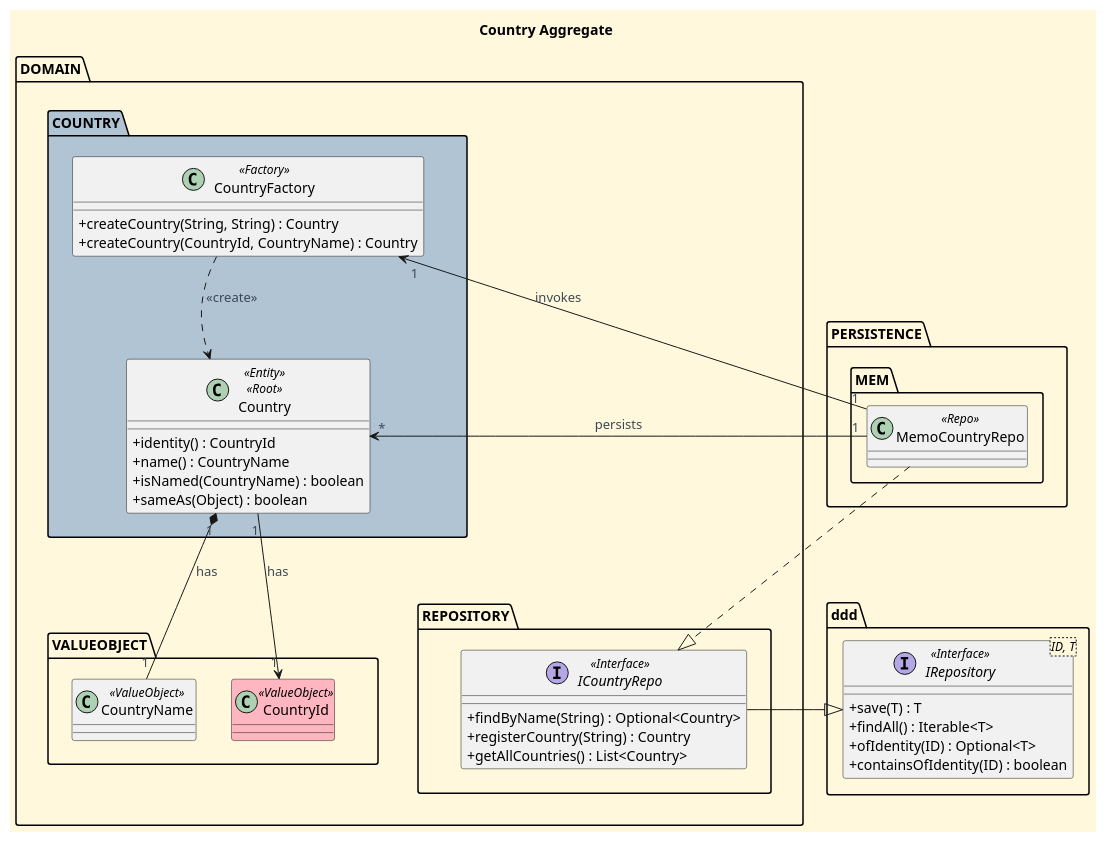
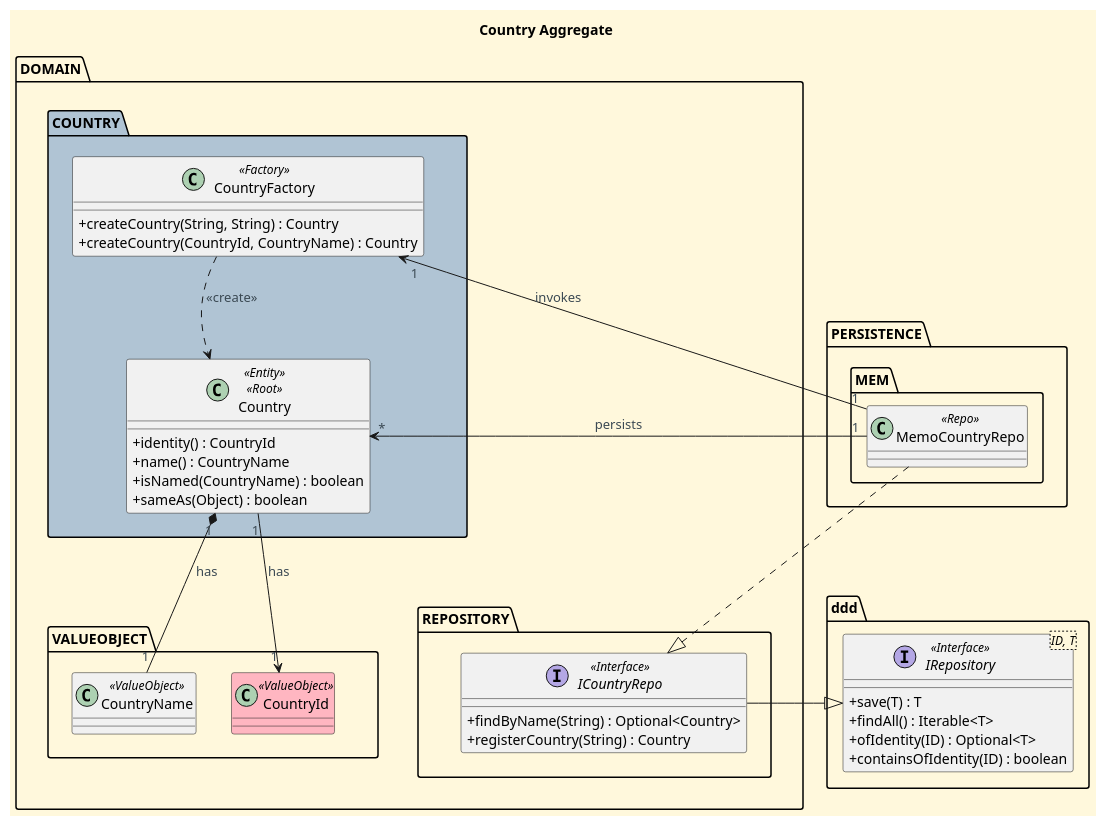
One commit to CarolinaLeite-collab/JavaMarketplacePlatform changed the diagram in docs/aggregatesDiagrams/Country_Agregate.puml. Above: the diagram before and after it, drawn with PlantUML.

Commit message:
docs: align Country Aggregate diagram with team standards Refs #430, #474

```diff
--- a/docs/aggregatesDiagrams/Country_Agregate.puml
+++ b/docs/aggregatesDiagrams/Country_Agregate.puml
@@ -1,85 +1,84 @@
 @startuml
 
 title Country Aggregate
 
 '==== basic style ====
 skinparam monochrome false
 skinparam shadowing false
 skinparam defaultFontName Futura
 skinparam objectFontSize 20
 skinparam backgroundColor CornSilk
 skinparam objectBackgroundColor WhiteSmoke
 skinparam noteBackgroundColor #FFFFE0
 skinparam ArrowFontColor #3B4953
 skinparam ActivationBackgroundColor black
 skinparam classAttributeIconSize 0
 
 top to bottom direction
 
 Package "DOMAIN" {
 
     Package "COUNTRY" <<Folder>> #b0c4d4 {
         class Country <<Entity>> <<Root>> {
             +identity() : CountryId
             +name() : CountryName
             +isNamed(CountryName) : boolean
             +sameAs(Object) : boolean
         }
 
         class CountryFactory <<Factory>> {
             +createCountry(String, String) : Country
             +createCountry(CountryId, CountryName) : Country
         }
     }
 
     Package "VALUEOBJECT" <<Folder>> {
         class CountryId <<ValueObject>> #LightPink {
         }
 
         class CountryName <<ValueObject>> {
         }
     }
 
     Package "REPOSITORY" <<Folder>> {
         interface ICountryRepo <<Interface>> {
             +findByName(String) : Optional<Country>
             +registerCountry(String) : Country
-            +getAllCountries() : List<Country>
         }
     }
 
     ' Layout adjustments
     COUNTRY -[hidden]right- REPOSITORY
     VALUEOBJECT -[hidden]right- REPOSITORY
     COUNTRY -[hidden]down- VALUEOBJECT
 }
 
 Package "ddd" {
     interface "IRepository<ID, T>" as IRepository <<Interface>> {
         +save(T) : T
         +findAll() : Iterable<T>
         +ofIdentity(ID) : Optional<T>
         +containsOfIdentity(ID) : boolean
     }
 }
 
 Package "PERSISTENCE" {
     package "MEM" {
         class MemoCountryRepo <<Repo>> {
         }
     }
 }
 
 ' ===== Relations =====
 
 CountryFactory "1" <-- "1" MemoCountryRepo : invokes
 Country "1" --> "1" CountryId : has
 Country "1" *-- "1" CountryName : has
 
 ICountryRepo -|> IRepository
 MemoCountryRepo ..|> ICountryRepo
 Country "*" <- "1" MemoCountryRepo : persists
 
 CountryFactory ..> Country : <<create>>
 
 @enduml
```
